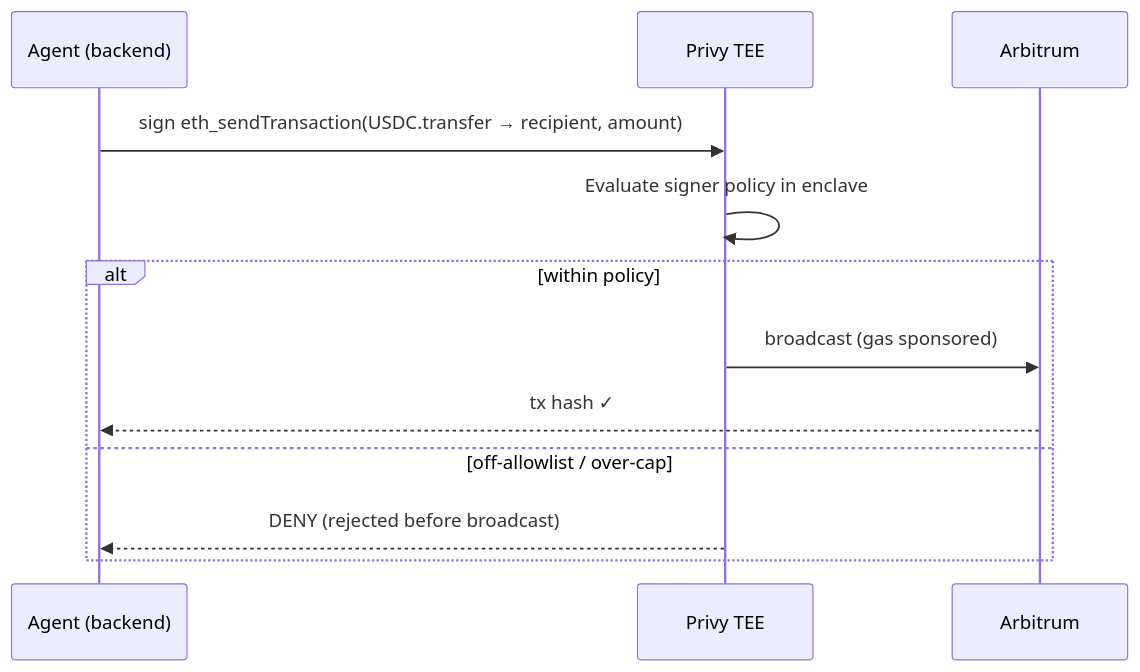
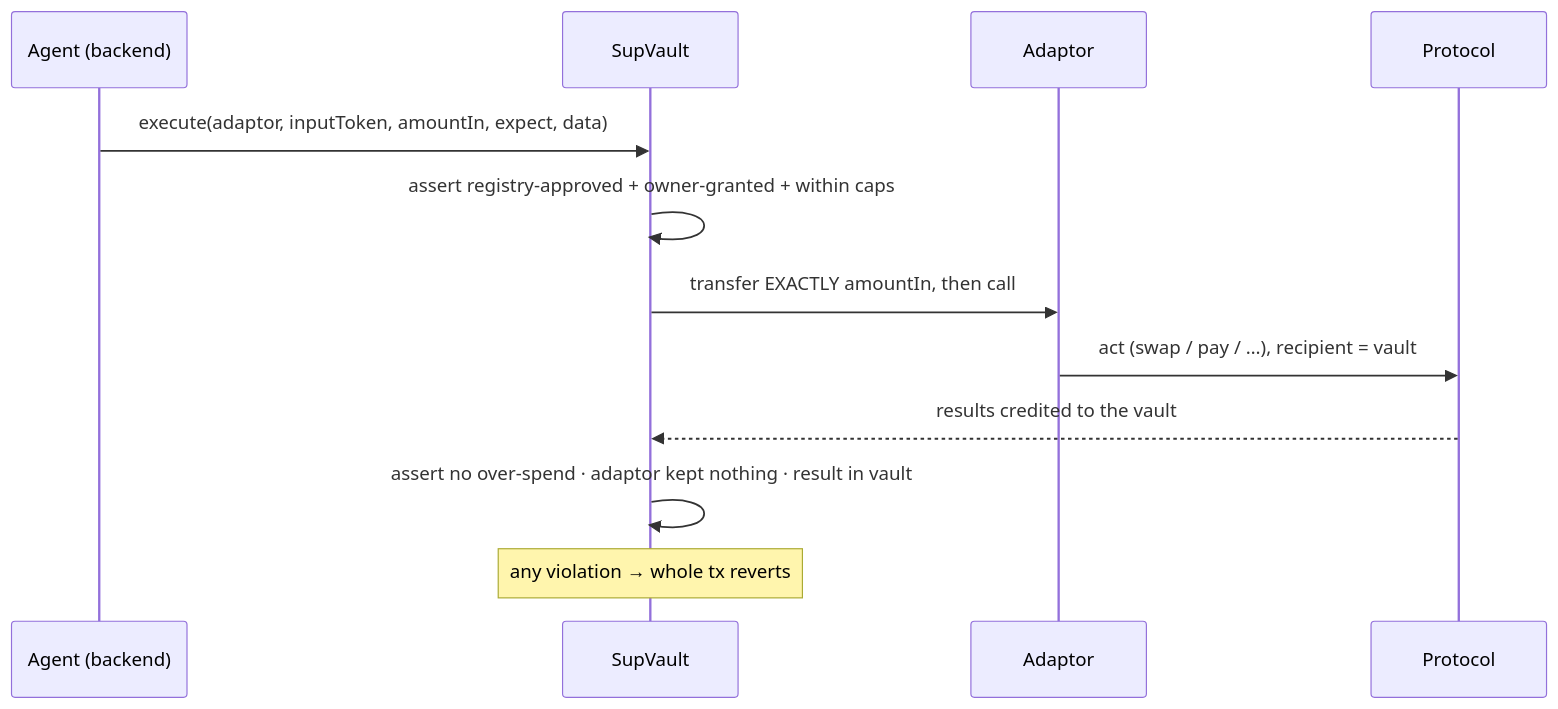
The fourth of 6 diagrams in docs/ARCHITECTURE.md (Sup-Wallet/supwallet-evm-universal), drawn with Mermaid before and after one commit. The commit also changed other lines of this file and 1 other file, not shown here.

First line of the commit message:
Update architecture to the shipped SupVault + adaptor model

````diff
--- a/docs/ARCHITECTURE.md
+++ b/docs/ARCHITECTURE.md
@@ -70,14 +89,14 @@
 ```mermaid
 sequenceDiagram
     participant Agent as Agent (backend)
-    participant P as Privy TEE
-    participant C as Arbitrum
-    Agent->>P: sign eth_sendTransaction(USDC.transfer → recipient, amount)
-    P->>P: Evaluate signer policy in enclave
-    alt within policy
-        P->>C: broadcast (gas sponsored)
-        C-->>Agent: tx hash ✓
-    else off-allowlist / over-cap
-        P-->>Agent: DENY (rejected before broadcast)
-    end
+    participant V as SupVault
+    participant AD as Adaptor
+    participant PROT as Protocol
+    Agent->>V: execute(adaptor, inputToken, amountIn, expect, data)
+    V->>V: assert registry-approved + owner-granted + within caps
+    V->>AD: transfer EXACTLY amountIn, then call
+    AD->>PROT: act (swap / pay / …), recipient = vault
+    PROT-->>V: results credited to the vault
+    V->>V: assert no over-spend · adaptor kept nothing · result in vault
+    Note over V: any violation → whole tx reverts
 ```
````
